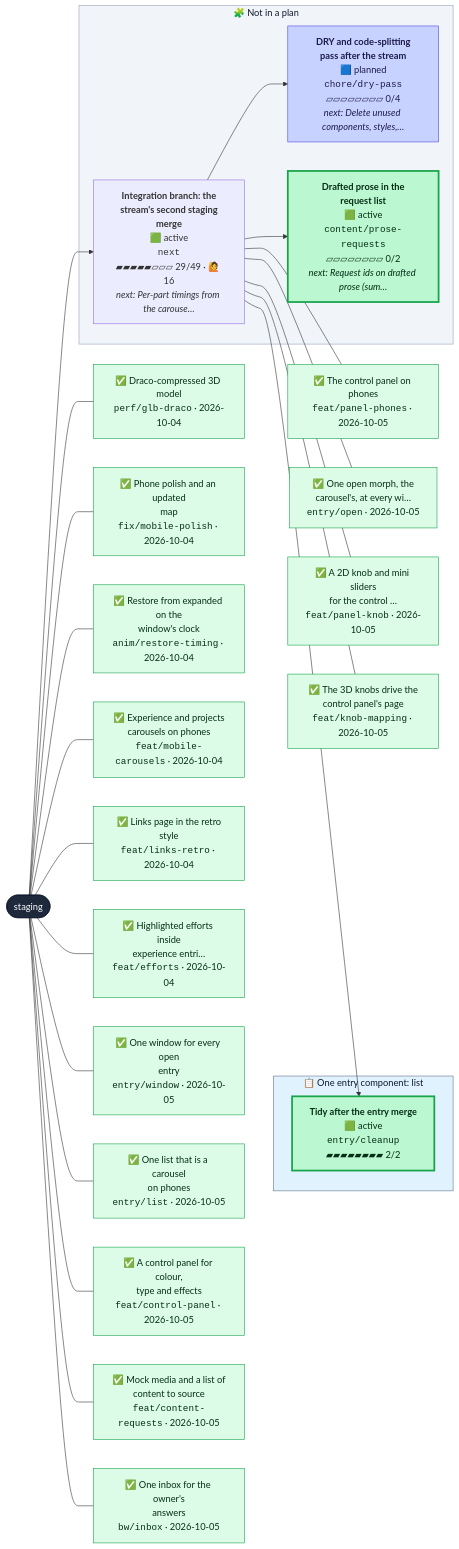
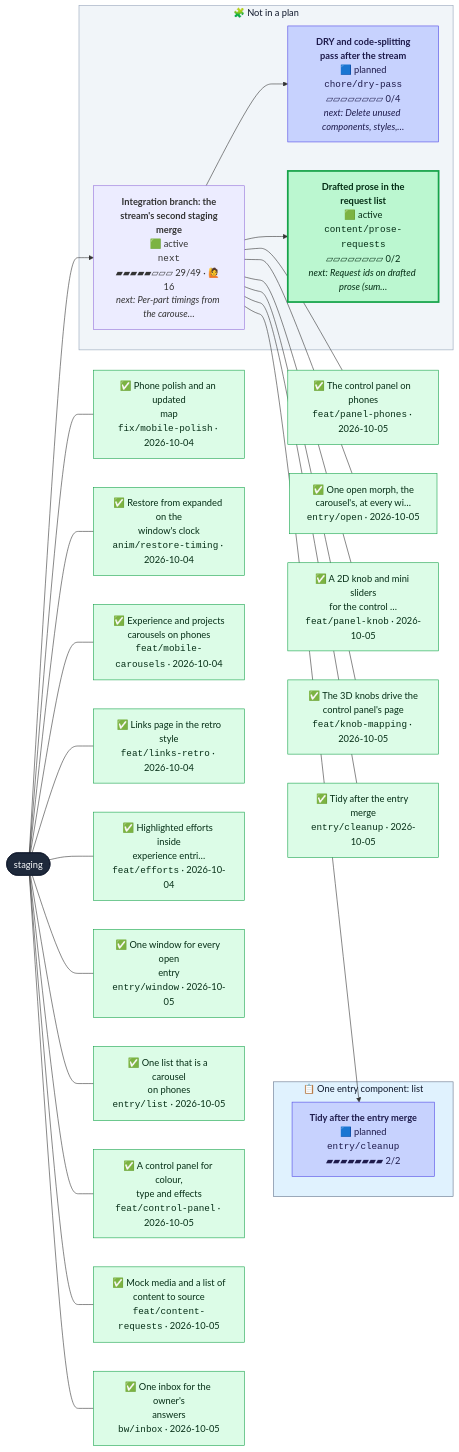
The second of 2 diagrams in CONTRIBUTING.md (henryjonescodes/portfolio), drawn with Mermaid before and after one commit. The commit also changed other lines of this file, not shown here.

````diff
--- a/CONTRIBUTING.md
+++ b/CONTRIBUTING.md
@@ -69,77 +69,77 @@
 ```mermaid
 flowchart LR
   n_staging([staging])
   class n_staging trunk
   subgraph plan_0["📋 One entry component: list"]
-    n_entry_cleanup["<b>Tidy after the entry merge</b><br/>🟩 active<br/><code>entry/cleanup</code><br/>▰▰▰▰▰▰▰▰ 2/2"]
-    class n_entry_cleanup active
+    n_entry_cleanup["<b>Tidy after the entry merge</b><br/>🟦 planned<br/><code>entry/cleanup</code><br/>▰▰▰▰▰▰▰▰ 2/2"]
+    class n_entry_cleanup planned
   end
   style plan_0 fill:#e0f2fe,stroke:#64748b,color:#0f172a
   subgraph loose["🧩 Not in a plan"]
     n_chore_dry_pass["<b>DRY and code-splitting<br/>pass after the stream</b><br/>🟦 planned<br/><code>chore/dry-pass</code><br/>▱▱▱▱▱▱▱▱ 0/4<br/><i>next: Delete unused components, styles,…</i>"]
     class n_chore_dry_pass planned
     n_content_prose_requests["<b>Drafted prose in the<br/>request list</b><br/>🟩 active<br/><code>content/prose-requests</code><br/>▱▱▱▱▱▱▱▱ 0/2<br/><i>next: Request ids on drafted prose (sum…</i>"]
     class n_content_prose_requests active
     n_next["<b>Integration branch: the<br/>stream's second staging<br/>merge</b><br/>🟩 active<br/><code>next</code><br/>▰▰▰▰▰▱▱▱ 29/49 · 🙋 16<br/><i>next: Per-part timings from the carouse…</i>"]
     class n_next active,current
   end
   style loose fill:#f1f5f9,stroke:#94a3b8,color:#0f172a
   n_next --> n_chore_dry_pass
   n_next --> n_content_prose_requests
   n_next --> n_entry_cleanup
   n_staging --> n_next
-  landed_0["✅ Draco-compressed 3D model<br/><code>perf/glb-draco</code> · 2026-10-04"]
+  landed_0["✅ Phone polish and an updated<br/>map<br/><code>fix/mobile-polish</code> · 2026-10-04"]
   class landed_0 merged
   n_staging --- landed_0
-  landed_1["✅ Phone polish and an updated<br/>map<br/><code>fix/mobile-polish</code> · 2026-10-04"]
+  landed_1["✅ Restore from expanded on the<br/>window's clock<br/><code>anim/restore-timing</code> · 2026-10-04"]
   class landed_1 merged
   n_staging --- landed_1
-  landed_2["✅ Restore from expanded on the<br/>window's clock<br/><code>anim/restore-timing</code> · 2026-10-04"]
+  landed_2["✅ Experience and projects<br/>carousels on phones<br/><code>feat/mobile-carousels</code> · 2026-10-04"]
   class landed_2 merged
   n_staging --- landed_2
-  landed_3["✅ Experience and projects<br/>carousels on phones<br/><code>feat/mobile-carousels</code> · 2026-10-04"]
+  landed_3["✅ Links page in the retro<br/>style<br/><code>feat/links-retro</code> · 2026-10-04"]
   class landed_3 merged
   n_staging --- landed_3
-  landed_4["✅ Links page in the retro<br/>style<br/><code>feat/links-retro</code> · 2026-10-04"]
+  landed_4["✅ Highlighted efforts inside<br/>experience entri…<br/><code>feat/efforts</code> · 2026-10-04"]
   class landed_4 merged
   n_staging --- landed_4
-  landed_5["✅ Highlighted efforts inside<br/>experience entri…<br/><code>feat/efforts</code> · 2026-10-04"]
+  landed_5["✅ One window for every open<br/>entry<br/><code>entry/window</code> · 2026-10-05"]
   class landed_5 merged
   n_staging --- landed_5
-  landed_6["✅ One window for every open<br/>entry<br/><code>entry/window</code> · 2026-10-05"]
+  landed_6["✅ One list that is a carousel<br/>on phones<br/><code>entry/list</code> · 2026-10-05"]
   class landed_6 merged
   n_staging --- landed_6
-  landed_7["✅ One list that is a carousel<br/>on phones<br/><code>entry/list</code> · 2026-10-05"]
+  landed_7["✅ A control panel for colour,<br/>type and effects<br/><code>feat/control-panel</code> · 2026-10-05"]
   class landed_7 merged
   n_staging --- landed_7
-  landed_8["✅ A control panel for colour,<br/>type and effects<br/><code>feat/control-panel</code> · 2026-10-05"]
+  landed_8["✅ Mock media and a list of<br/>content to source<br/><code>feat/content-requests</code> · 2026-10-05"]
   class landed_8 merged
   n_staging --- landed_8
-  landed_9["✅ Mock media and a list of<br/>content to source<br/><code>feat/content-requests</code> · 2026-10-05"]
+  landed_9["✅ One inbox for the owner's<br/>answers<br/><code>bw/inbox</code> · 2026-10-05"]
   class landed_9 merged
   n_staging --- landed_9
-  landed_10["✅ One inbox for the owner's<br/>answers<br/><code>bw/inbox</code> · 2026-10-05"]
+  landed_10["✅ The control panel on phones<br/><code>feat/panel-phones</code> · 2026-10-05"]
   class landed_10 merged
-  n_staging --- landed_10
-  landed_11["✅ The control panel on phones<br/><code>feat/panel-phones</code> · 2026-10-05"]
+  n_next --- landed_10
+  landed_11["✅ One open morph, the<br/>carousel's, at every wi…<br/><code>entry/open</code> · 2026-10-05"]
   class landed_11 merged
   n_next --- landed_11
-  landed_12["✅ One open morph, the<br/>carousel's, at every wi…<br/><code>entry/open</code> · 2026-10-05"]
+  landed_12["✅ A 2D knob and mini sliders<br/>for the control …<br/><code>feat/panel-knob</code> · 2026-10-05"]
   class landed_12 merged
   n_next --- landed_12
-  landed_13["✅ A 2D knob and mini sliders<br/>for the control …<br/><code>feat/panel-knob</code> · 2026-10-05"]
+  landed_13["✅ The 3D knobs drive the<br/>control panel's page<br/><code>feat/knob-mapping</code> · 2026-10-05"]
   class landed_13 merged
   n_next --- landed_13
-  landed_14["✅ The 3D knobs drive the<br/>control panel's page<br/><code>feat/knob-mapping</code> · 2026-10-05"]
+  landed_14["✅ Tidy after the entry merge<br/><code>entry/cleanup</code> · 2026-10-05"]
   class landed_14 merged
   n_next --- landed_14
   classDef merged fill:#dcfce7,stroke:#16a34a,color:#052e16
   classDef todo fill:#ffffff,stroke:#94a3b8,stroke-dasharray:2 2,color:#334155
   classDef planned fill:#c7d2fe,stroke:#4f46e5,color:#1e1b4b
   classDef sketched fill:#f8fafc,stroke:#64748b,stroke-dasharray:4 3,color:#334155
   classDef active fill:#bbf7d0,stroke:#16a34a,stroke-width:3px,color:#052e16
   classDef review fill:#fde68a,stroke:#d97706,stroke-width:3px,color:#451a03
   classDef blocked fill:#fecaca,stroke:#dc2626,stroke-width:3px,color:#450a0a
   classDef trunk fill:#1e293b,stroke:#0f172a,color:#f8fafc
   classDef current stroke:#0ea5e9,stroke-width:5px
 ```
````
